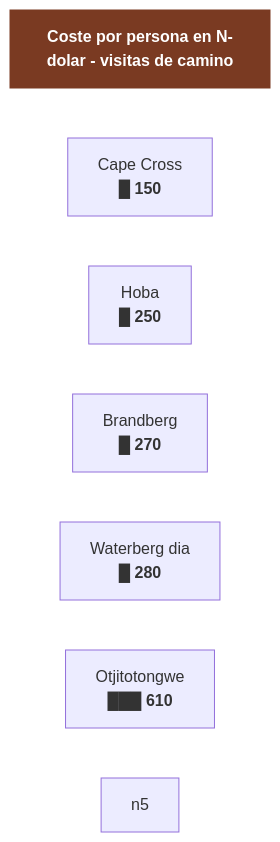
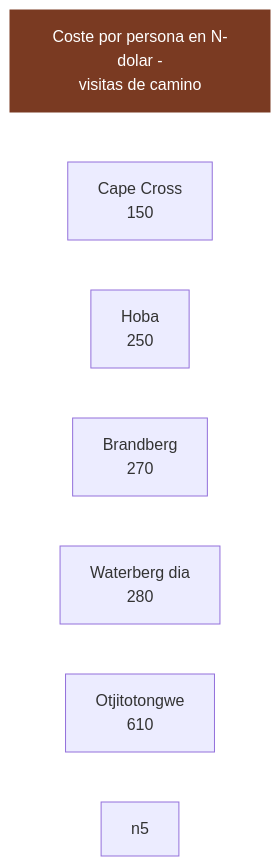
Before and after one commit to morandeirachema/namibia: the fifth of 5 diagrams in 11-lista-google-maps.md, drawn with Mermaid. The commit also changed other lines of this file and 14 other files, not shown here.

Commit message:
Arreglar el renderizado de los diagramas en GitHub: fuera emojis, negritas y barras ASCII de dentro de los nodos, que descuadraban la medida y recortaban el texto

````diff
--- a/11-lista-google-maps.md
+++ b/11-lista-google-maps.md
@@ -373,16 +373,16 @@
 ```mermaid
 flowchart TD
-    T["<b>Coste por persona en N-dolar - visitas de camino</b>"]
-    n0["Cape Cross<br/>█ <b>150</b>"]
-    n1["Hoba<br/>█ <b>250</b>"]
-    n2["Brandberg<br/>█ <b>270</b>"]
-    n3["Waterberg dia<br/>█ <b>280</b>"]
-    n4["Otjitotongwe<br/>███ <b>610</b>"]
+    T["Coste por persona en N-dolar -<br/>visitas de camino"]
+    n0["Cape Cross<br/>150"]
+    n1["Hoba<br/>250"]
+    n2["Brandberg<br/>270"]
+    n3["Waterberg dia<br/>280"]
+    n4["Otjitotongwe<br/>610"]
     T ~~~ n0
     n0 ~~~ n1
     n1 ~~~ n2
     n2 ~~~ n3
     n3 ~~~ n4
     n4 ~~~ n5
     style T fill:#7a3a22,color:#fff,stroke:#7a3a22
 ```
````
